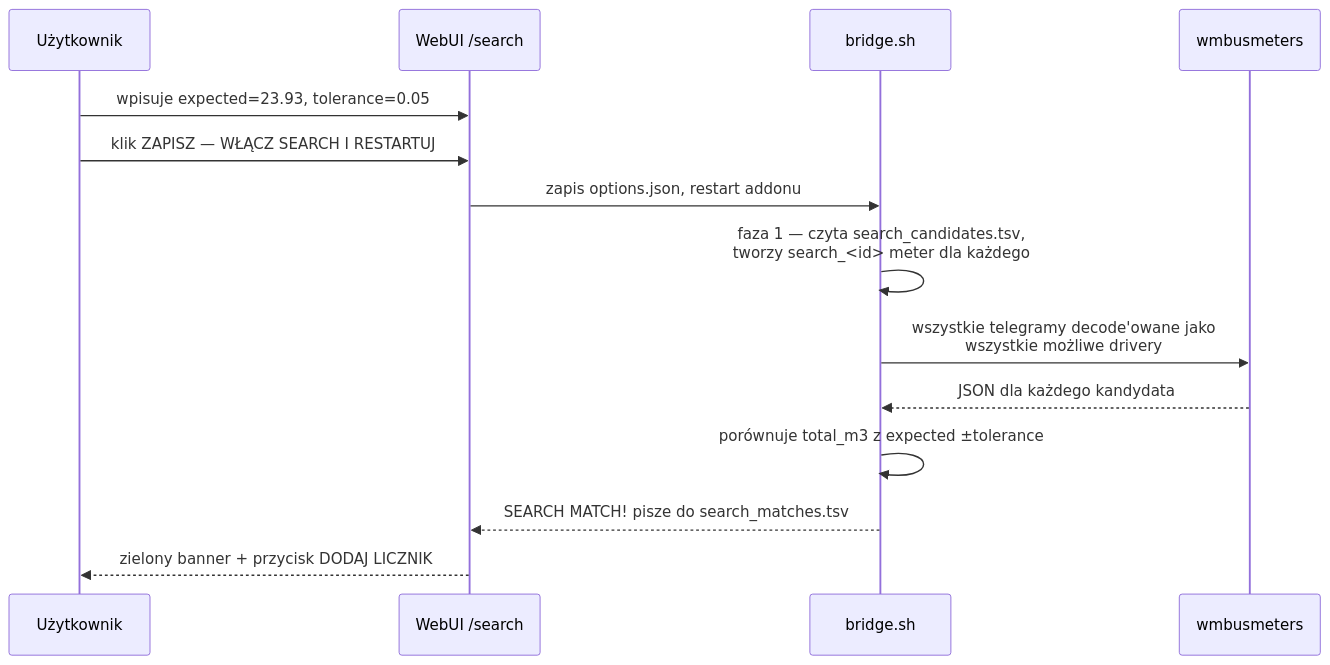
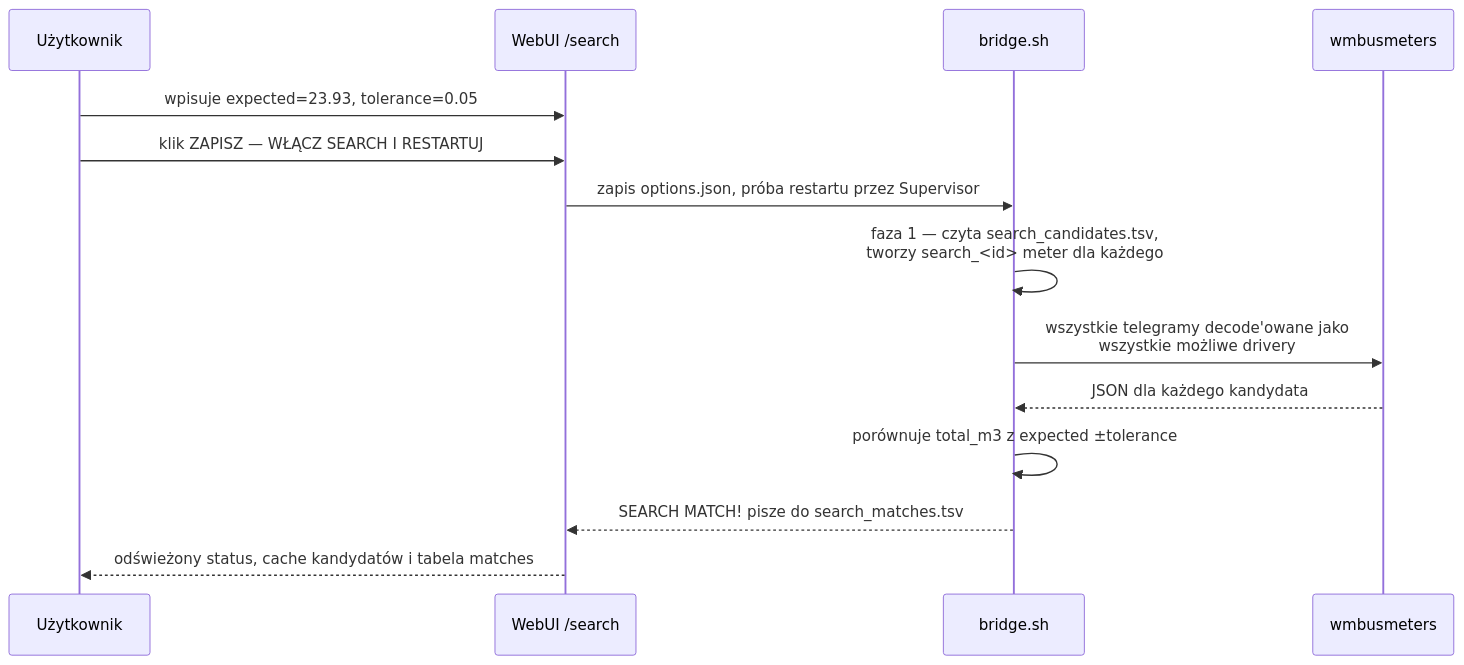
The fifth of 7 diagrams in docs/README.pl.md (Kustonium/homeassistant-wmbus-mqtt-bridge-dev), drawn with Mermaid before and after one commit. The commit also changed other lines of this file and 222 other files, not shown here.

````diff
--- a/docs/README.pl.md
+++ b/docs/README.pl.md
@@ -408,17 +408,17 @@
 ```mermaid
 sequenceDiagram
   participant U as Użytkownik
   participant W as WebUI /search
   participant B as bridge.sh
   participant WM as wmbusmeters
 
   U->>W: wpisuje expected=23.93, tolerance=0.05
   U->>W: klik ZAPISZ — WŁĄCZ SEARCH I RESTARTUJ
-  W->>B: zapis options.json, restart addonu
+  W->>B: zapis options.json, próba restartu przez Supervisor
   B->>B: faza 1 — czyta search_candidates.tsv,<br/>tworzy search_<id> meter dla każdego
   B->>WM: wszystkie telegramy decode'owane jako<br/>wszystkie możliwe drivery
   WM-->>B: JSON dla każdego kandydata
   B->>B: porównuje total_m3 z expected ±tolerance
   B-->>W: SEARCH MATCH! pisze do search_matches.tsv
-  W-->>U: zielony banner + przycisk DODAJ LICZNIK
+  W-->>U: odświeżony status, cache kandydatów i tabela matches
 ```
````
